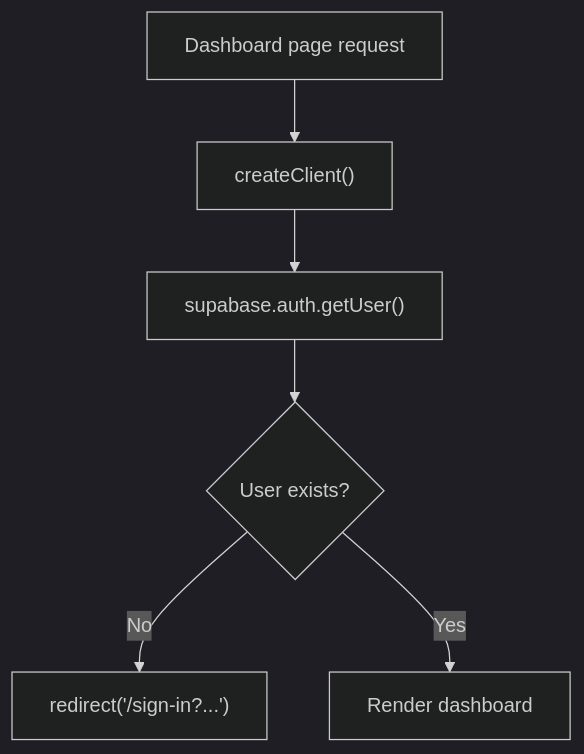
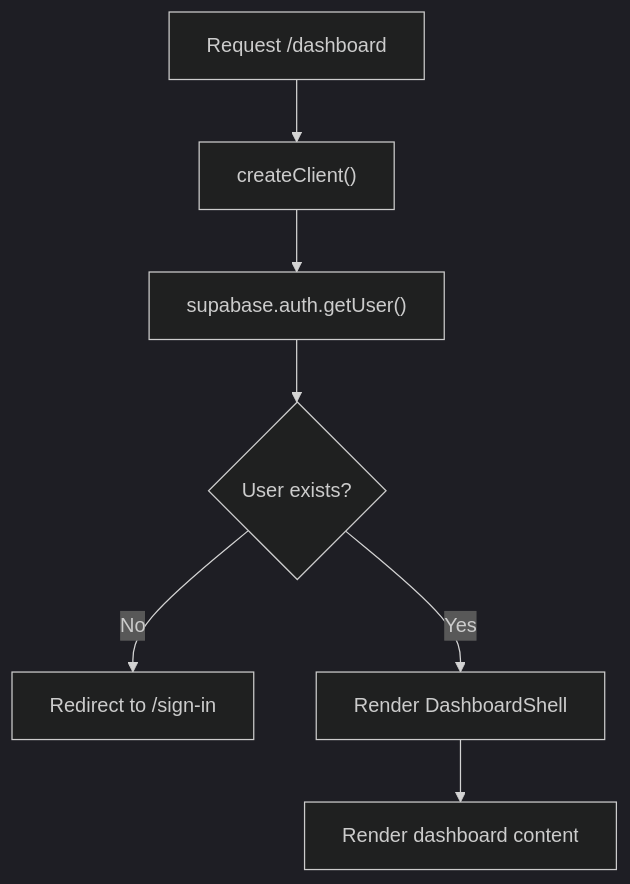
One commit to matthewlovestocode/designated changed the diagram in docs/web/pages/dashboard-page.md. Above: the diagram before and after it, drawn with Mermaid (dark theme). The commit also changed other lines of this file and 23 other files, not shown here.

````diff
--- a/docs/web/pages/dashboard-page.md
+++ b/docs/web/pages/dashboard-page.md
@@ -143,8 +65,9 @@
 ```mermaid
 flowchart TD
-    A["Dashboard page request"] --> B["createClient()"]
+    A["Request /dashboard"] --> B["createClient()"]
     B --> C["supabase.auth.getUser()"]
     C --> D{"User exists?"}
-    D -- No --> E["redirect('/sign-in?...')"]
-    D -- Yes --> F["Render dashboard"]
+    D -- No --> E["Redirect to /sign-in"]
+    D -- Yes --> F["Render DashboardShell"]
+    F --> G["Render dashboard content"]
 ```
````
